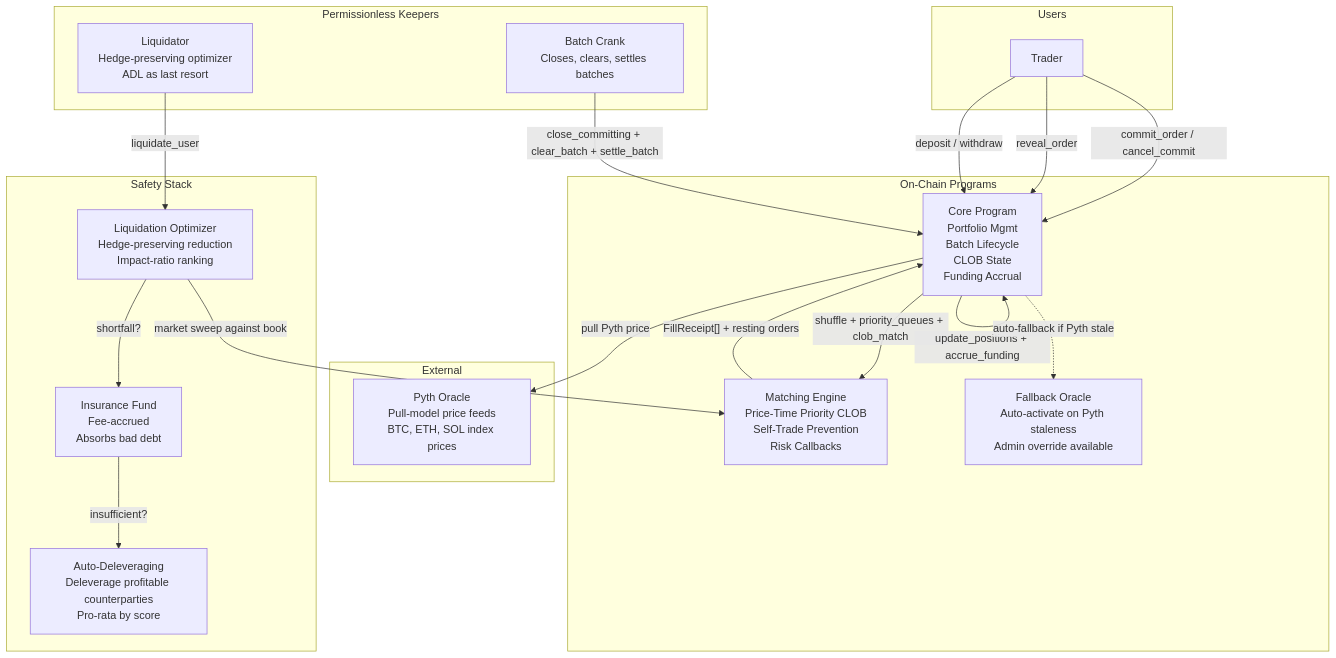
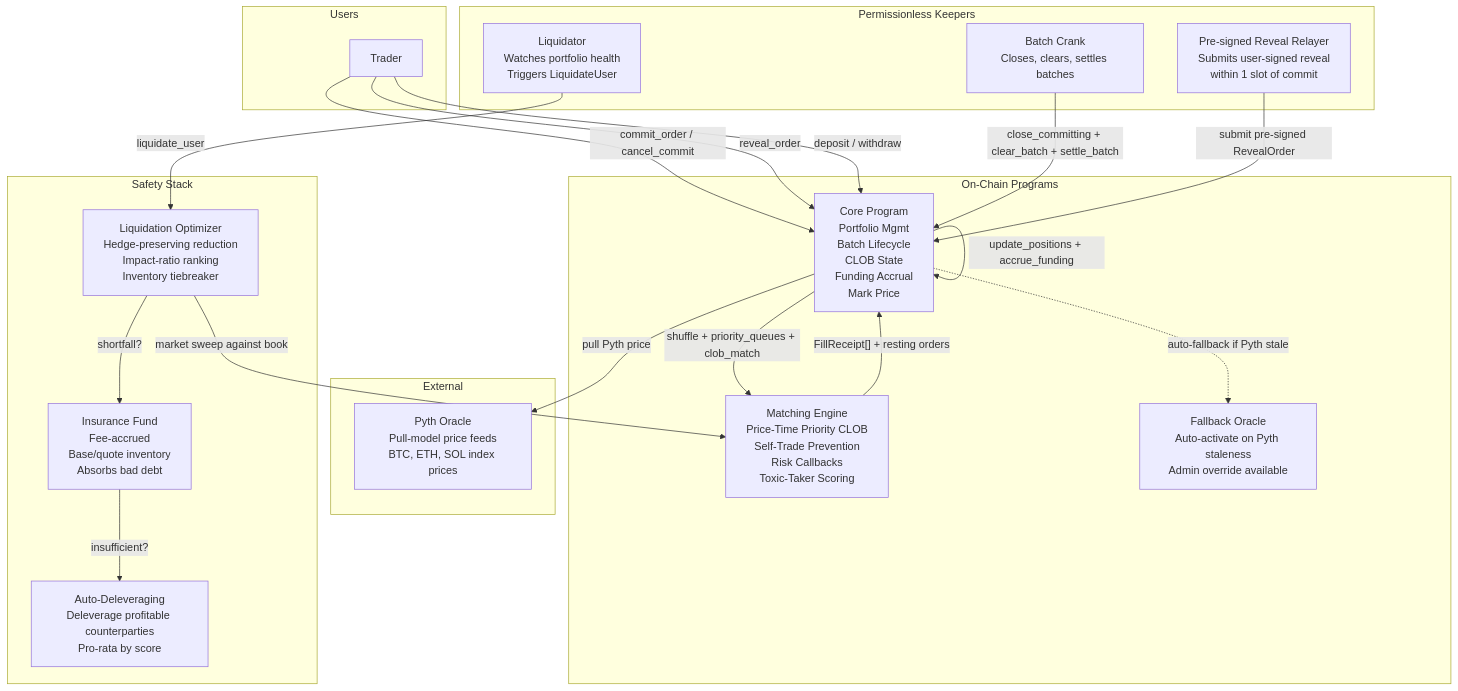
One commit to mangekyou-labs/mgk-solana changed the diagram in docs/ai/design/feature-onchain-perps-dex.md. Above: the diagram before and after it, drawn with Mermaid. The commit also changed other lines of this file and 223 other files, not shown here.

````diff
--- a/docs/ai/design/feature-onchain-perps-dex.md
+++ b/docs/ai/design/feature-onchain-perps-dex.md
@@ -13,41 +15,43 @@
 ```mermaid
 graph TD
     subgraph Users
         TRADER[Trader]
     end
 
     subgraph "On-Chain Programs"
-        CORE[Core Program<br/>Portfolio Mgmt<br/>Batch Lifecycle<br/>CLOB State<br/>Funding Accrual]
-        MATCH[Matching Engine<br/>Price-Time Priority CLOB<br/>Self-Trade Prevention<br/>Risk Callbacks]
+        CORE[Core Program<br/>Portfolio Mgmt<br/>Batch Lifecycle<br/>CLOB State<br/>Funding Accrual<br/>Mark Price]
+        MATCH[Matching Engine<br/>Price-Time Priority CLOB<br/>Self-Trade Prevention<br/>Risk Callbacks<br/>Toxic-Taker Scoring]
         FALLBACK[Fallback Oracle<br/>Auto-activate on Pyth staleness<br/>Admin override available]
     end
 
     subgraph External
         PYTH[Pyth Oracle<br/>Pull-model price feeds<br/>BTC, ETH, SOL index prices]
     end
 
     subgraph "Permissionless Keepers"
         CRANK[Batch Crank<br/>Closes, clears, settles batches]
-        LIQ[Liquidator<br/>Hedge-preserving optimizer<br/>ADL as last resort]
+        LIQ[Liquidator<br/>Watches portfolio health<br/>Triggers LiquidateUser]
+        RELAYER[Pre-signed Reveal Relayer<br/>Submits user-signed reveal<br/>within 1 slot of commit]
     end
 
     subgraph "Safety Stack"
-        OPTIMIZER[Liquidation Optimizer<br/>Hedge-preserving reduction<br/>Impact-ratio ranking]
-        INSURANCE[Insurance Fund<br/>Fee-accrued<br/>Absorbs bad debt]
+        OPTIMIZER[Liquidation Optimizer<br/>Hedge-preserving reduction<br/>Impact-ratio ranking<br/>Inventory tiebreaker]
+        INSURANCE[Insurance Fund<br/>Fee-accrued<br/>Base/quote inventory<br/>Absorbs bad debt]
         ADL[Auto-Deleveraging<br/>Deleverage profitable counterparties<br/>Pro-rata by score]
     end
 
     TRADER -->|commit_order / cancel_commit| CORE
     TRADER -->|reveal_order| CORE
     TRADER -->|deposit / withdraw| CORE
     CORE -->|"shuffle + priority_queues + clob_match"| MATCH
     MATCH -->|"FillReceipt[] + resting orders"| CORE
     CORE -->|update_positions + accrue_funding| CORE
     CORE -->|pull Pyth price| PYTH
     CORE -.->|auto-fallback if Pyth stale| FALLBACK
     CRANK -->|close_committing + clear_batch + settle_batch| CORE
     LIQ -->|liquidate_user| OPTIMIZER
     OPTIMIZER -->|market sweep against book| MATCH
     OPTIMIZER -->|shortfall?| INSURANCE
     INSURANCE -->|insufficient?| ADL
+    RELAYER -->|submit pre-signed RevealOrder| CORE
 ```
````
